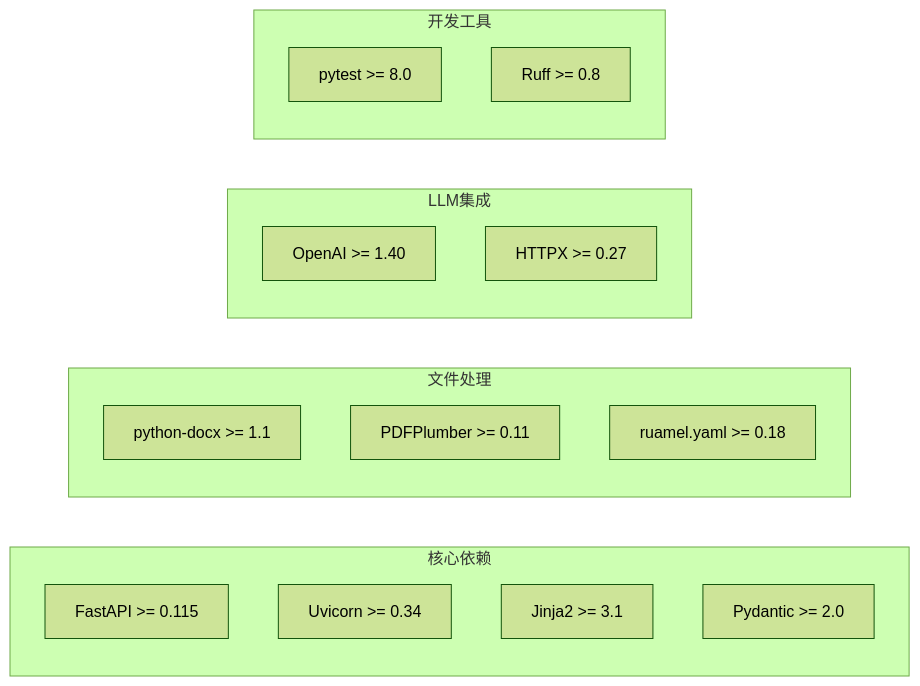
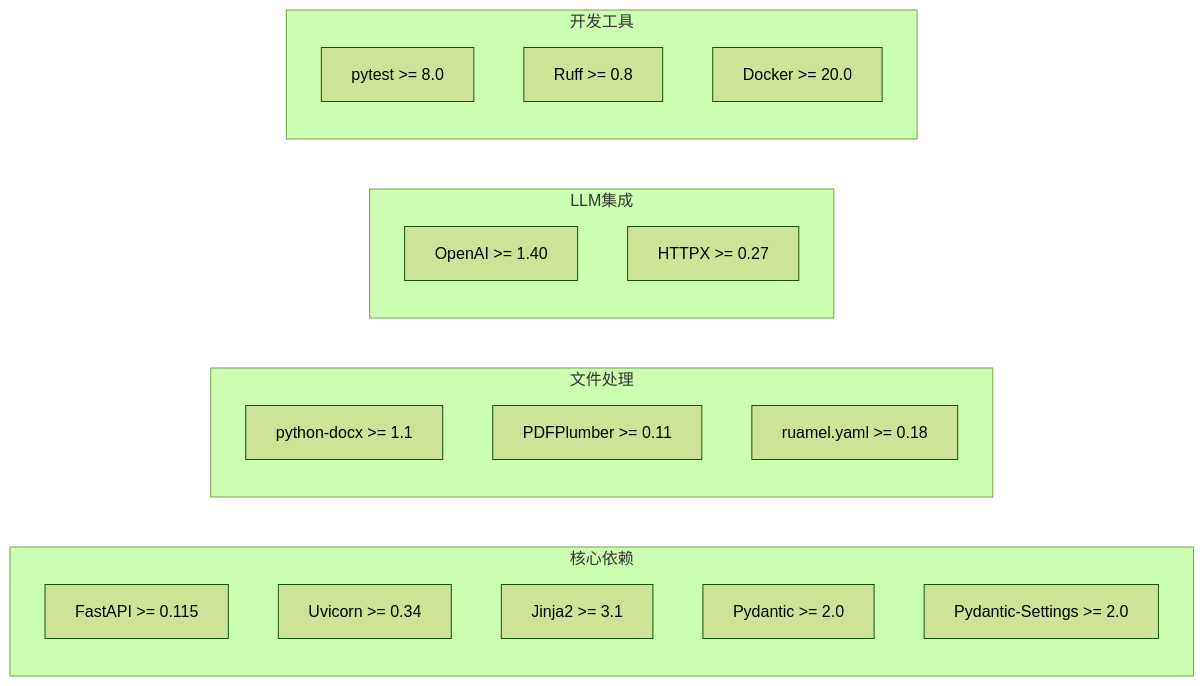
The second of 2 diagrams in .qoder/repowiki/zh/content/部署运维/生产部署.md (tjujingzong/Novel-to-Screenplay), drawn with Mermaid (forest theme) before and after one commit. The commit also changed other lines of this file and 14 other files, not shown here.

````diff
--- a/.qoder/repowiki/zh/content/部署运维/生产部署.md
+++ b/.qoder/repowiki/zh/content/部署运维/生产部署.md
@@ -101,22 +119,24 @@
 ```mermaid
 graph LR
 subgraph "核心依赖"
 FastAPI[FastAPI >= 0.115]
 Uvicorn[Uvicorn >= 0.34]
 Jinja2[Jinja2 >= 3.1]
 Pydantic[Pydantic >= 2.0]
+PydanticSettings[Pydantic-Settings >= 2.0]
 end
 subgraph "文件处理"
 Docx[python-docx >= 1.1]
 PDF[PDFPlumber >= 0.11]
 YAML[ruamel.yaml >= 0.18]
 end
 subgraph "LLM集成"
 OpenAI[OpenAI >= 1.40]
 HTTPX[HTTPX >= 0.27]
 end
 subgraph "开发工具"
 PyTest[pytest >= 8.0]
 Ruff[Ruff >= 0.8]
+Docker[Docker >= 20.0]
 end
 ```
````
